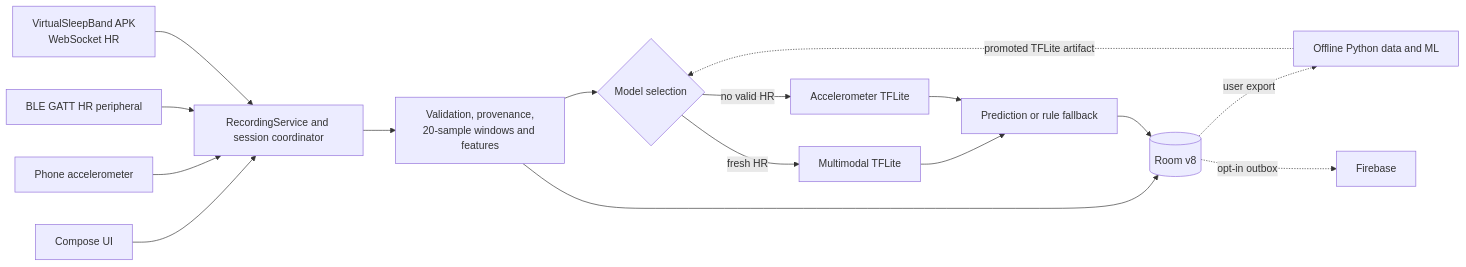
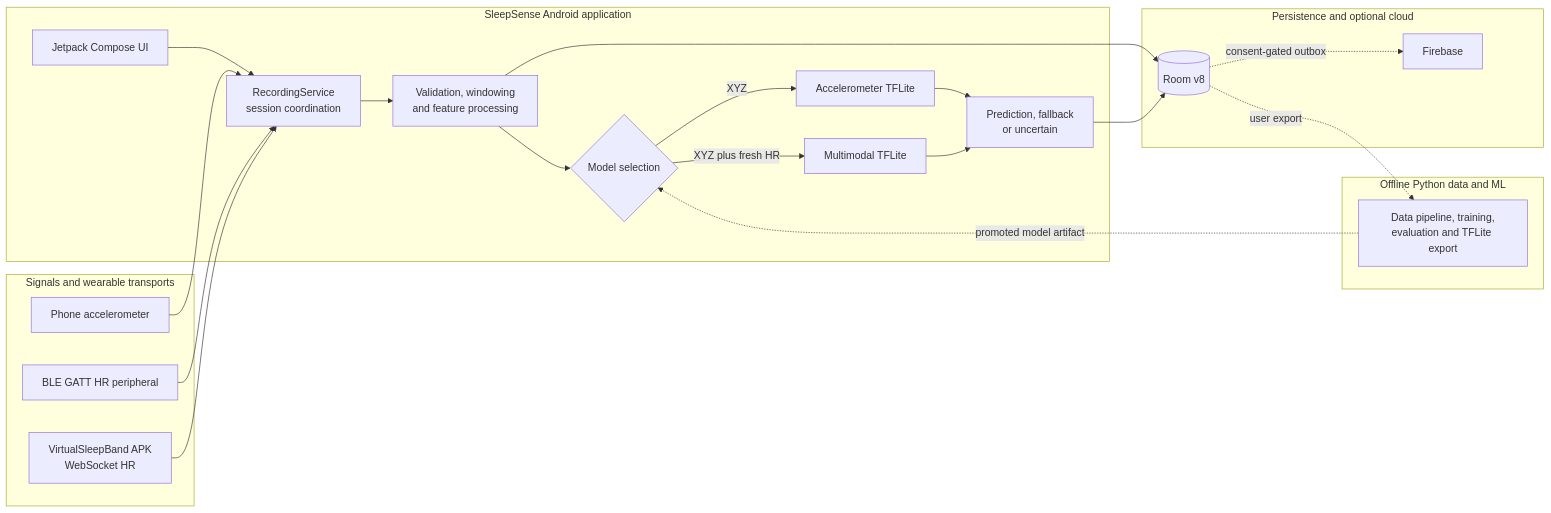
Before and after one commit to Eclipse-XS/SleepTrackerSimulator: the first of 2 diagrams in README.md, drawn with Mermaid. The commit also changed other lines of this file, not shown here.

Commit message:
docs: finalize SleepSense README presentation

````diff
--- a/README.md
+++ b/README.md
@@ -27,18 +24,39 @@
 ```mermaid
 flowchart LR
-  UI[Compose UI] --> REC[RecordingService and session coordinator]
-  ACC[Phone accelerometer] --> REC
-  BLE[BLE GATT HR peripheral] --> REC
-  VSB[VirtualSleepBand APK<br/>WebSocket HR] --> REC
-  REC --> WIN[Validation, provenance,<br/>20-sample windows and features]
-  WIN --> SELECT{Model selection}
-  SELECT -->|fresh HR| MULTI[Multimodal TFLite]
-  SELECT -->|no valid HR| ACCEL[Accelerometer TFLite]
-  MULTI --> FALL[Prediction or rule fallback]
-  ACCEL --> FALL
-  WIN --> ROOM[(Room v8)]
+  subgraph EXT[Signals and wearable transports]
+    ACC[Phone accelerometer]
+    BLE[BLE GATT HR peripheral]
+    VSB[VirtualSleepBand APK<br/>WebSocket HR]
+  end
+
+  subgraph AND[SleepSense Android application]
+    UI[Jetpack Compose UI]
+    REC[RecordingService<br/>session coordination]
+    PROC[Validation, windowing<br/>and feature processing]
+    SEL{Model selection}
+    AM[Accelerometer TFLite]
+    MM[Multimodal TFLite]
+    FALL[Prediction, fallback<br/>or uncertain]
+    UI --> REC --> PROC --> SEL
+    SEL -->|XYZ| AM --> FALL
+    SEL -->|XYZ plus fresh HR| MM --> FALL
+  end
+
+  subgraph DATA[Persistence and optional cloud]
+    ROOM[(Room v8)]
+    FB[Firebase]
+  end
+
+  subgraph OFF[Offline Python data and ML]
+    PY[Data pipeline, training,<br/>evaluation and TFLite export]
+  end
+
+  ACC --> REC
+  BLE --> REC
+  VSB --> REC
+  PROC --> ROOM
   FALL --> ROOM
-  ROOM -. user export .-> PY[Offline Python data and ML]
-  ROOM -. opt-in outbox .-> FB[Firebase]
-  PY -. promoted TFLite artifact .-> SELECT
+  ROOM -. consent-gated outbox .-> FB
+  ROOM -. user export .-> PY
+  PY -. promoted model artifact .-> SEL
 ```
````
